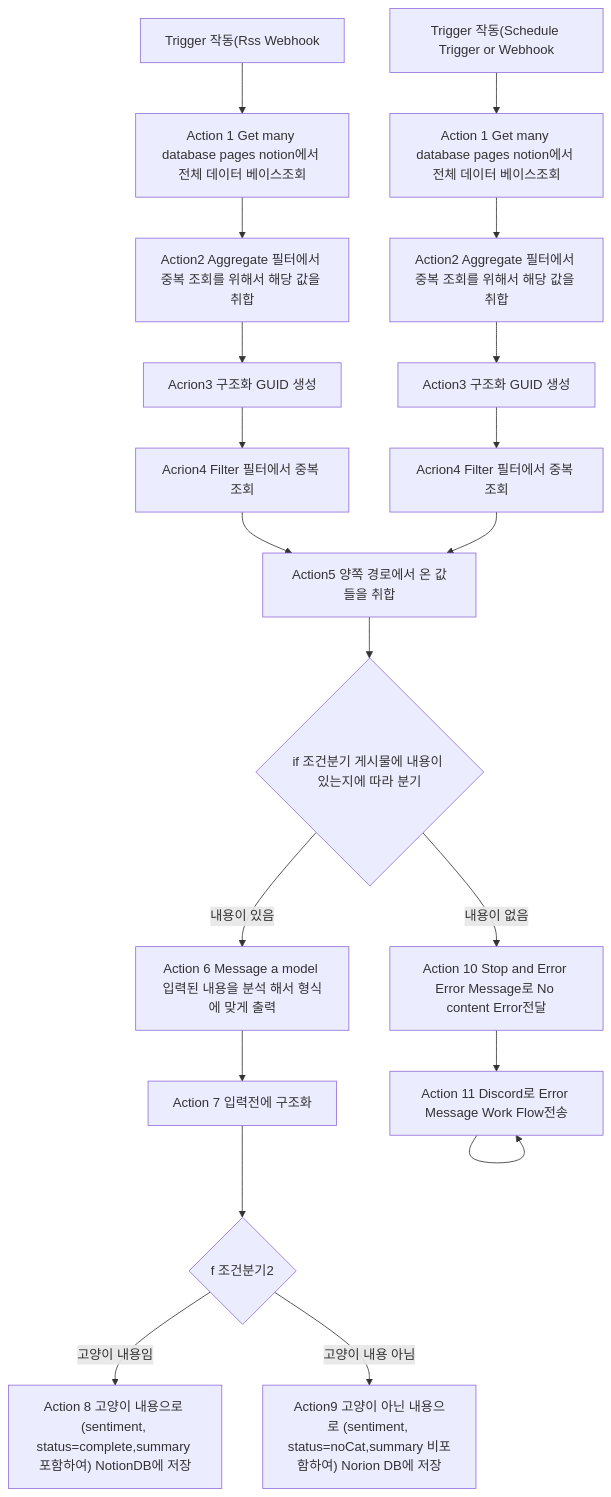
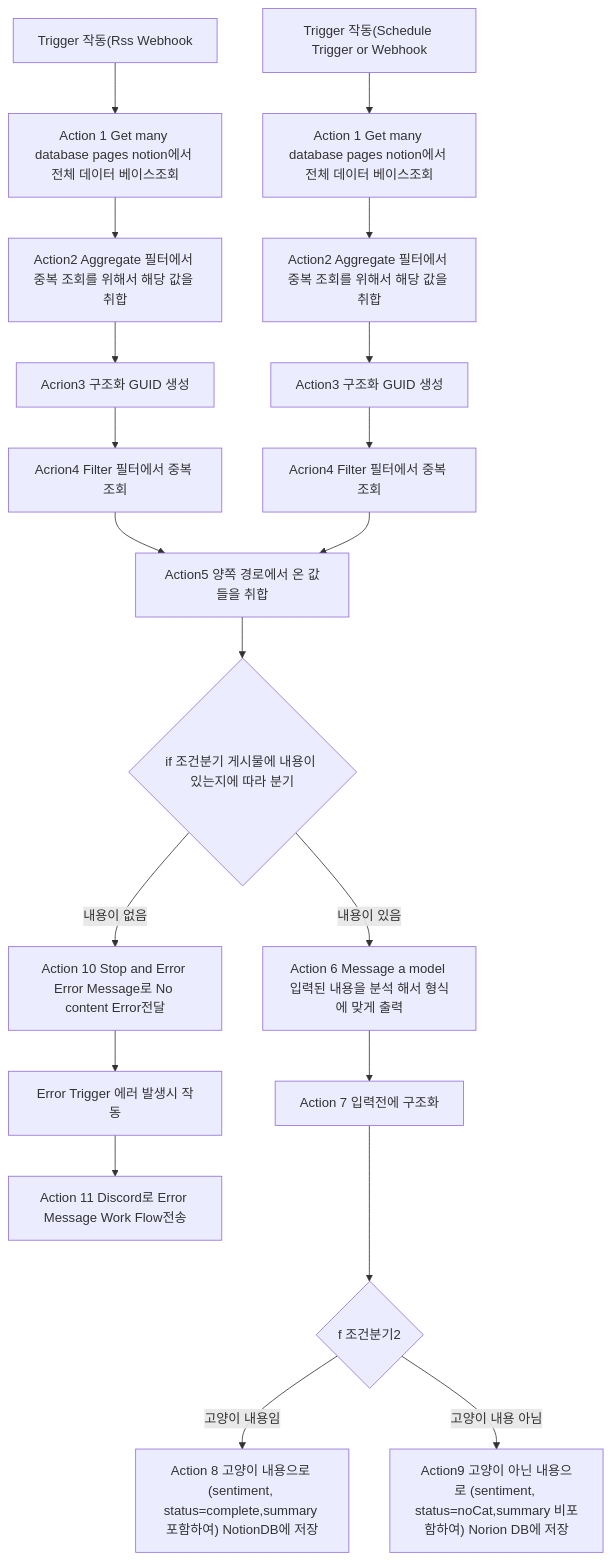
The diagram in project2/rss.md (codysseus42/noCode), drawn with Mermaid before and after one commit.

````diff
--- a/project2/rss.md
+++ b/project2/rss.md
@@ -20,10 +20,10 @@
 ```mermaid
 graph TD
 
        A["Trigger 작동(Rss Webhook"] --> B["Action 1 Get many database pages notion에서 전체 데이터 베이스조회"] --> C["Action2 Aggregate 필터에서 중복 조회를 위해서 해당 값을 취합"] --> D["Acrion3 구조화 GUID 생성"]  --> E["Acrion4 Filter 필터에서 중복 조회"]  --> F["Action5 양쪽 경로에서 온 값들을 취합"]
        A1["Trigger 작동(Schedule Trigger or Webhook"] --> B1["Action 1 Get many database pages notion에서 전체 데이터 베이스조회"] --> C1["Action2 Aggregate 필터에서 중복 조회를 위해서 해당 값을 취합"] --> D1["Action3 구조화 GUID 생성"] --> E1["Acrion4 Filter 필터에서 중복 조회"] --> F --> G{"if 조건분기 게시물에 내용이 있는지에 따라 분기"}
        G --> |내용이 있음| I["Action 6 Message a model 입력된 내용을 분석 해서 형식에 맞게 출력"] --> J["Action 7 입력전에 구조화"] ---> K{"f 조건분기2"} 
         K -->  |고양이 내용임| L["Action 8 고양이 내용으로 (sentiment, status=complete,summary 포함하여) NotionDB에 저장"] 
         K --> |고양이 내용 아님| M["Action9 고양이 아닌 내용으로 (sentiment, status=noCat,summary 비포함하여) Norion DB에 저장"]
-      G --> |내용이 없음| N["Action 10 Stop and Error Error Message로 No content Error전달"]  --> P["Error Trigger 에러 발생시 작동"] --> P["Action 11 Discord로 Error Message Work Flow전송"]
+      G --> |내용이 없음| N["Action 10 Stop and Error Error Message로 No content Error전달"]  --> O["Error Trigger 에러 발생시 작동"] --> P["Action 11 Discord로 Error Message Work Flow전송"]
 ```
````
